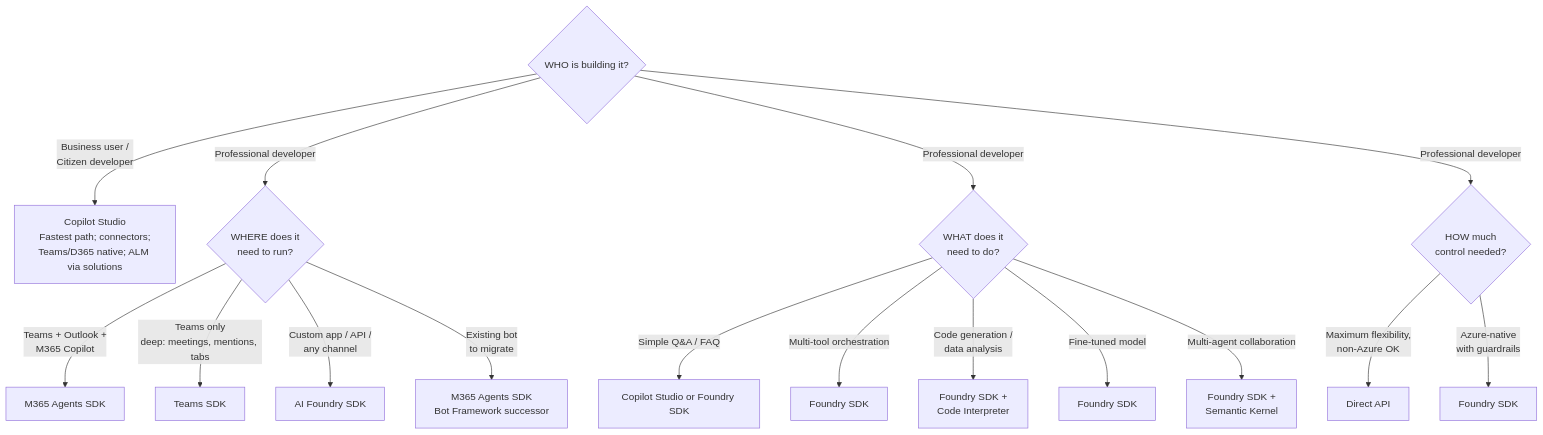
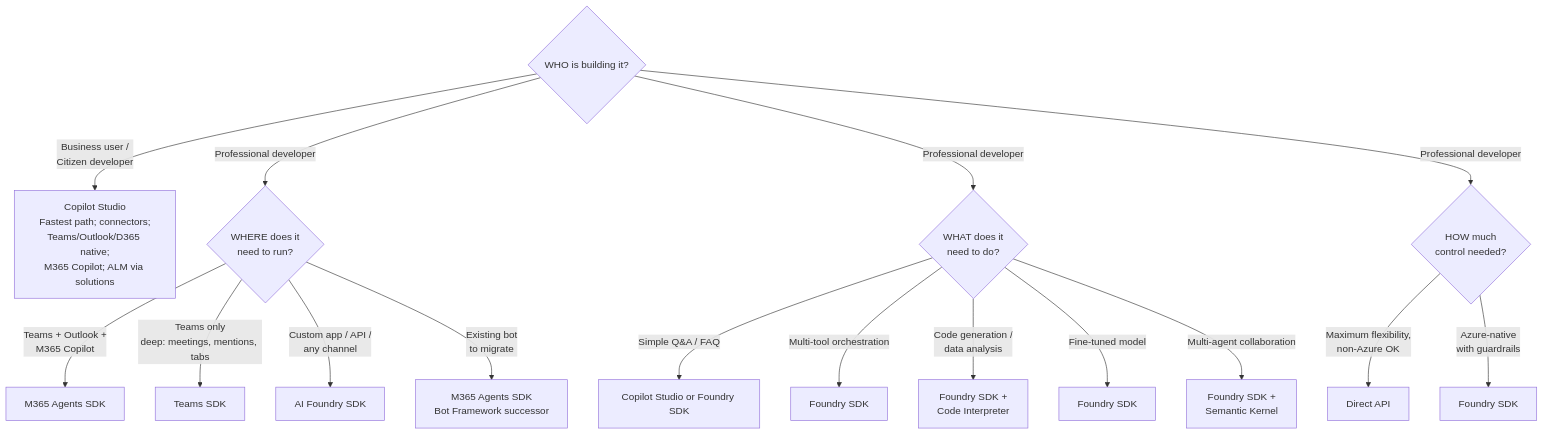
One commit to bradrlaw/agent-modernization-workshops changed the sixth of 6 diagrams in docs/ai-foundry-review.md. Above: the diagram before and after it, drawn with Mermaid. The commit also changed other lines of this file and 1 other file, not shown here.

First line of the commit message:
docs: correct Copilot Studio channel reach to include Outlook

````diff
--- a/docs/ai-foundry-review.md
+++ b/docs/ai-foundry-review.md
@@ -614,23 +614,23 @@
 ```mermaid
 flowchart TD
     WHO{WHO is building it?}
-    WHO -->|Business user /<br/>Citizen developer| CS[Copilot Studio<br/>Fastest path; connectors;<br/>Teams/D365 native; ALM via solutions]
+    WHO -->|Business user /<br/>Citizen developer| CS[Copilot Studio<br/>Fastest path; connectors;<br/>Teams/Outlook/D365 native;<br/>M365 Copilot; ALM via solutions]
 
     WHO -->|Professional developer| WHERE{WHERE does it<br/>need to run?}
 
     WHERE -->|Teams + Outlook +<br/>M365 Copilot| M365[M365 Agents SDK]
     WHERE -->|Teams only<br/>deep: meetings, mentions, tabs| TeamsSDK[Teams SDK]
     WHERE -->|Custom app / API /<br/>any channel| FoundrySDK[AI Foundry SDK]
     WHERE -->|Existing bot<br/>to migrate| M365_2[M365 Agents SDK<br/>Bot Framework successor]
 
     WHO -->|Professional developer| WHAT{WHAT does it<br/>need to do?}
     WHAT -->|Simple Q&A / FAQ| CS_or_F[Copilot Studio or Foundry SDK]
     WHAT -->|Multi-tool orchestration| FoundrySDK2[Foundry SDK]
     WHAT -->|Code generation /<br/>data analysis| FoundryCI[Foundry SDK +<br/>Code Interpreter]
     WHAT -->|Fine-tuned model| FoundryFT[Foundry SDK]
     WHAT -->|Multi-agent collaboration| FoundrySK[Foundry SDK +<br/>Semantic Kernel]
 
     WHO -->|Professional developer| HOW{HOW much<br/>control needed?}
     HOW -->|Maximum flexibility,<br/>non-Azure OK| DirectAPI[Direct API]
     HOW -->|Azure-native<br/>with guardrails| FoundrySDK3[Foundry SDK]
 ```
````
